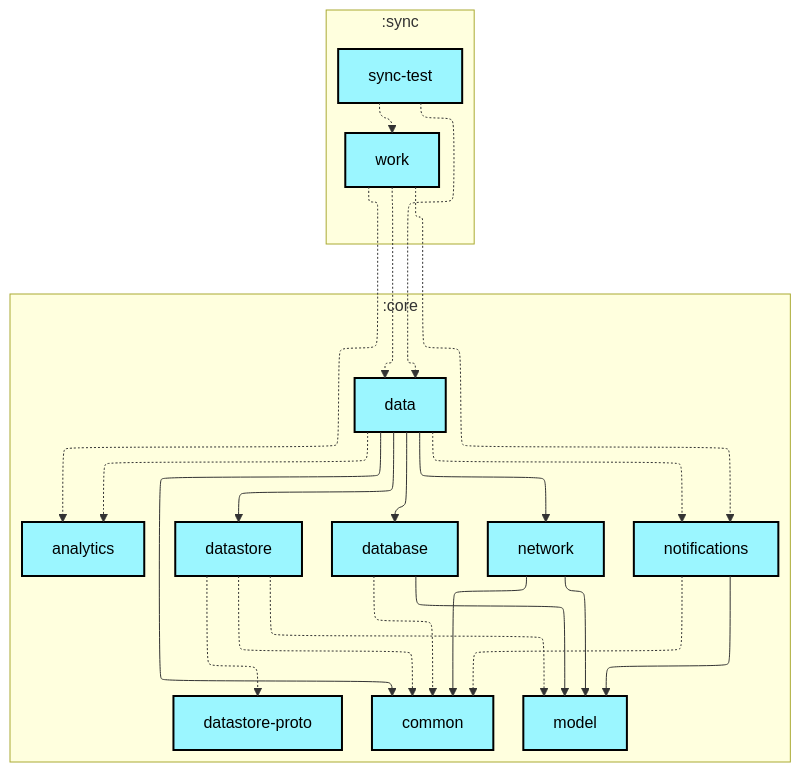
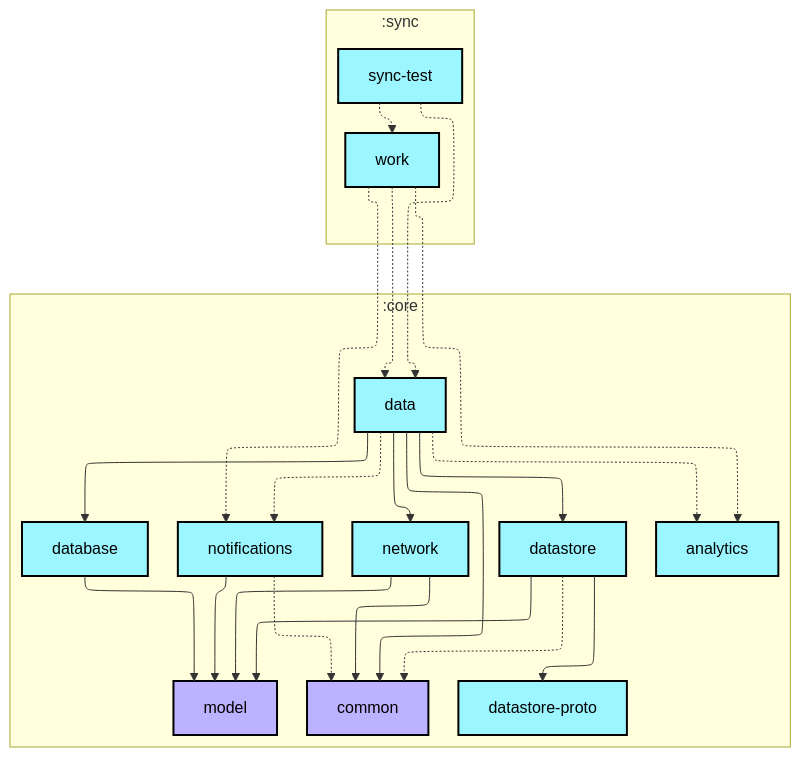
One commit to lihenggui/nowinkmp changed the first of 2 diagrams in sync/sync-test/README.md. Above: the diagram before and after it, drawn with Mermaid. The commit also changed other lines of this file and 26 other files, not shown here.

First line of the commit message:
Revert "Updates module graphs"

````diff
--- a/sync/sync-test/README.md
+++ b/sync/sync-test/README.md
@@ -6,54 +6,53 @@
 ```mermaid
 ---
 config:
   layout: elk
   elk:
     nodePlacementStrategy: SIMPLE
 ---
 graph TB
   subgraph :core
     direction TB
-    :core:analytics[analytics]:::kmp-library
-    :core:common[common]:::kmp-library
-    :core:data[data]:::kmp-library
-    :core:database[database]:::kmp-library
-    :core:datastore[datastore]:::kmp-library
-    :core:datastore-proto[datastore-proto]:::kmp-library
-    :core:model[model]:::kmp-library
-    :core:network[network]:::kmp-library
-    :core:notifications[notifications]:::kmp-library
+    :core:analytics[analytics]:::android-library
+    :core:common[common]:::jvm-library
+    :core:data[data]:::android-library
+    :core:database[database]:::android-library
+    :core:datastore[datastore]:::android-library
+    :core:datastore-proto[datastore-proto]:::android-library
+    :core:model[model]:::jvm-library
+    :core:network[network]:::android-library
+    :core:notifications[notifications]:::android-library
   end
   subgraph :sync
     direction TB
-    :sync:sync-test[sync-test]:::kmp-library
-    :sync:work[work]:::kmp-library
+    :sync:sync-test[sync-test]:::android-library
+    :sync:work[work]:::android-library
   end
 
   :core:data -.-> :core:analytics
   :core:data --> :core:common
   :core:data --> :core:database
   :core:data --> :core:datastore
   :core:data --> :core:network
   :core:data -.-> :core:notifications
-  :core:database -.-> :core:common
   :core:database --> :core:model
   :core:datastore -.-> :core:common
-  :core:datastore -.-> :core:datastore-proto
-  :core:datastore -.-> :core:model
+  :core:datastore --> :core:datastore-proto
+  :core:datastore --> :core:model
   :core:network --> :core:common
   :core:network --> :core:model
   :core:notifications -.-> :core:common
   :core:notifications --> :core:model
   :sync:sync-test -.-> :core:data
   :sync:sync-test -.-> :sync:work
   :sync:work -.-> :core:analytics
   :sync:work -.-> :core:data
   :sync:work -.-> :core:notifications
 
-classDef cmp-application fill:#CAFFBF,stroke:#000,stroke-width:2px,color:#000;
-classDef cmp-feature fill:#FFD6A5,stroke:#000,stroke-width:2px,color:#000;
-classDef kmp-library fill:#9BF6FF,stroke:#000,stroke-width:2px,color:#000;
+classDef android-application fill:#CAFFBF,stroke:#000,stroke-width:2px,color:#000;
+classDef android-feature fill:#FFD6A5,stroke:#000,stroke-width:2px,color:#000;
+classDef android-library fill:#9BF6FF,stroke:#000,stroke-width:2px,color:#000;
+classDef android-test fill:#A0C4FF,stroke:#000,stroke-width:2px,color:#000;
 classDef jvm-library fill:#BDB2FF,stroke:#000,stroke-width:2px,color:#000;
-classDef android-test fill:#A0C4FF,stroke:#000,stroke-width:2px,color:#000;
 classDef unknown fill:#FFADAD,stroke:#000,stroke-width:2px,color:#000;
 ```
````
